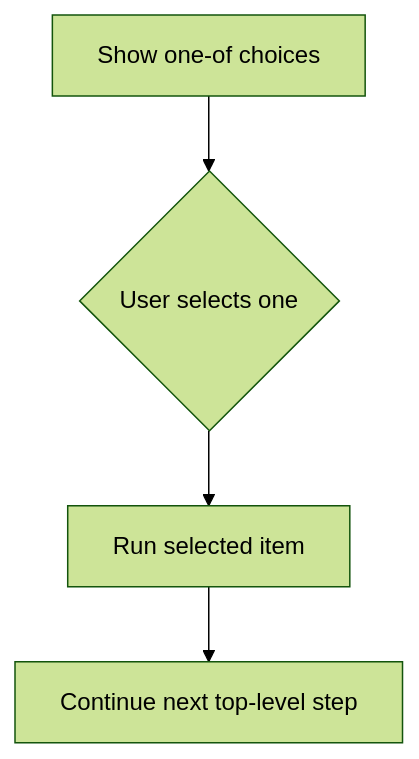
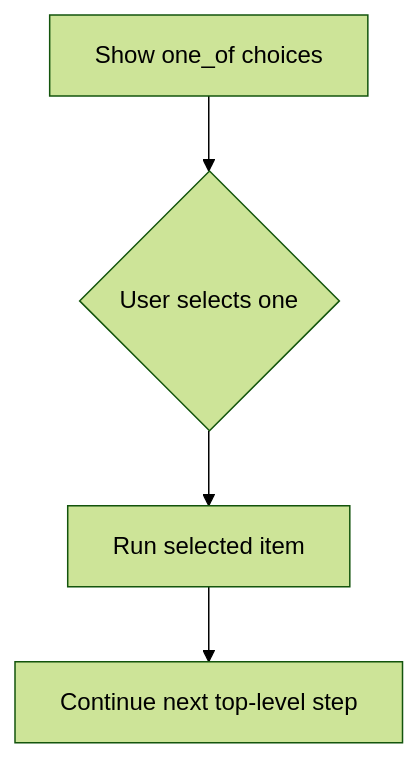
Before and after one commit to md-redwan-hossain/gitrung: the fifth of 5 diagrams in README.md, drawn with Mermaid (forest theme). The commit also changed other lines of this file and 11 other files, not shown here.

````diff
--- a/README.md
+++ b/README.md
@@ -299,6 +299,6 @@
 ```mermaid
 flowchart TD
-    A[Show one-of choices] --> B{User selects one}
+    A[Show one_of choices] --> B{User selects one}
     B --> C[Run selected item]
     C --> D[Continue next top-level step]
 ```
````
